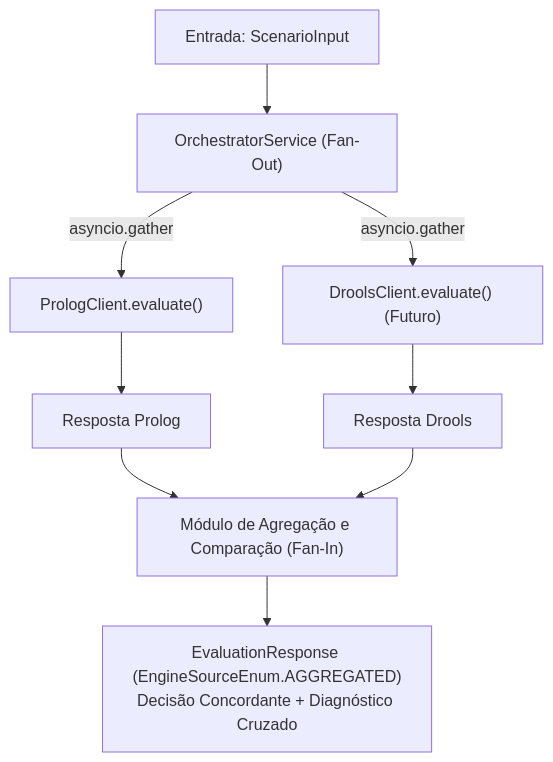
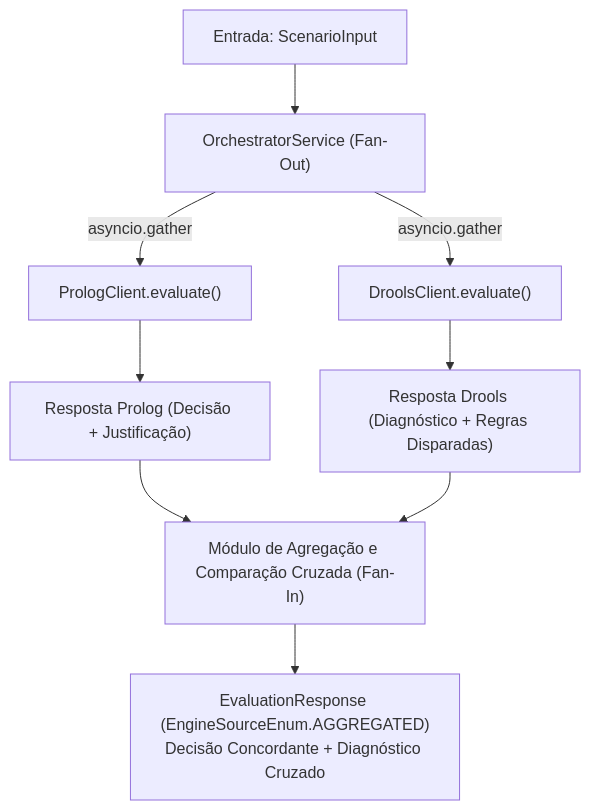
The fourth of 4 diagrams in docs/architecture/service_interactions.md (Santiago-1211173/meia-equipa3-challenge1-26_27), drawn with Mermaid before and after one commit. The commit also changed other lines of this file and 23 other files, not shown here.

Commit message:
docs: add comprehensive documentation for architecture, API, deployment, and development guides

````diff
--- a/docs/architecture/service_interactions.md
+++ b/docs/architecture/service_interactions.md
@@ -153,15 +283,15 @@
 ```mermaid
 flowchart TD
     REQ["Entrada: ScenarioInput"] --> FORK["OrchestratorService (Fan-Out)"]
     
     FORK -->|"asyncio.gather"| P_CALL["PrologClient.evaluate()"]
-    FORK -->|"asyncio.gather"| D_CALL["DroolsClient.evaluate() (Futuro)"]
+    FORK -->|"asyncio.gather"| D_CALL["DroolsClient.evaluate()"]
     
-    P_CALL --> P_RESP["Resposta Prolog"]
-    D_CALL --> D_RESP["Resposta Drools"]
+    P_CALL --> P_RESP["Resposta Prolog (Decisão + Justificação)"]
+    D_CALL --> D_RESP["Resposta Drools (Diagnóstico + Regras Disparadas)"]
     
-    P_RESP --> AGG["Módulo de Agregação e Comparação (Fan-In)"]
+    P_RESP --> AGG["Módulo de Agregação e Comparação Cruzada (Fan-In)"]
     D_RESP --> AGG
     
     AGG --> FINAL["EvaluationResponse (EngineSourceEnum.AGGREGATED)<br/>Decisão Concordante + Diagnóstico Cruzado"]
 ```
````
